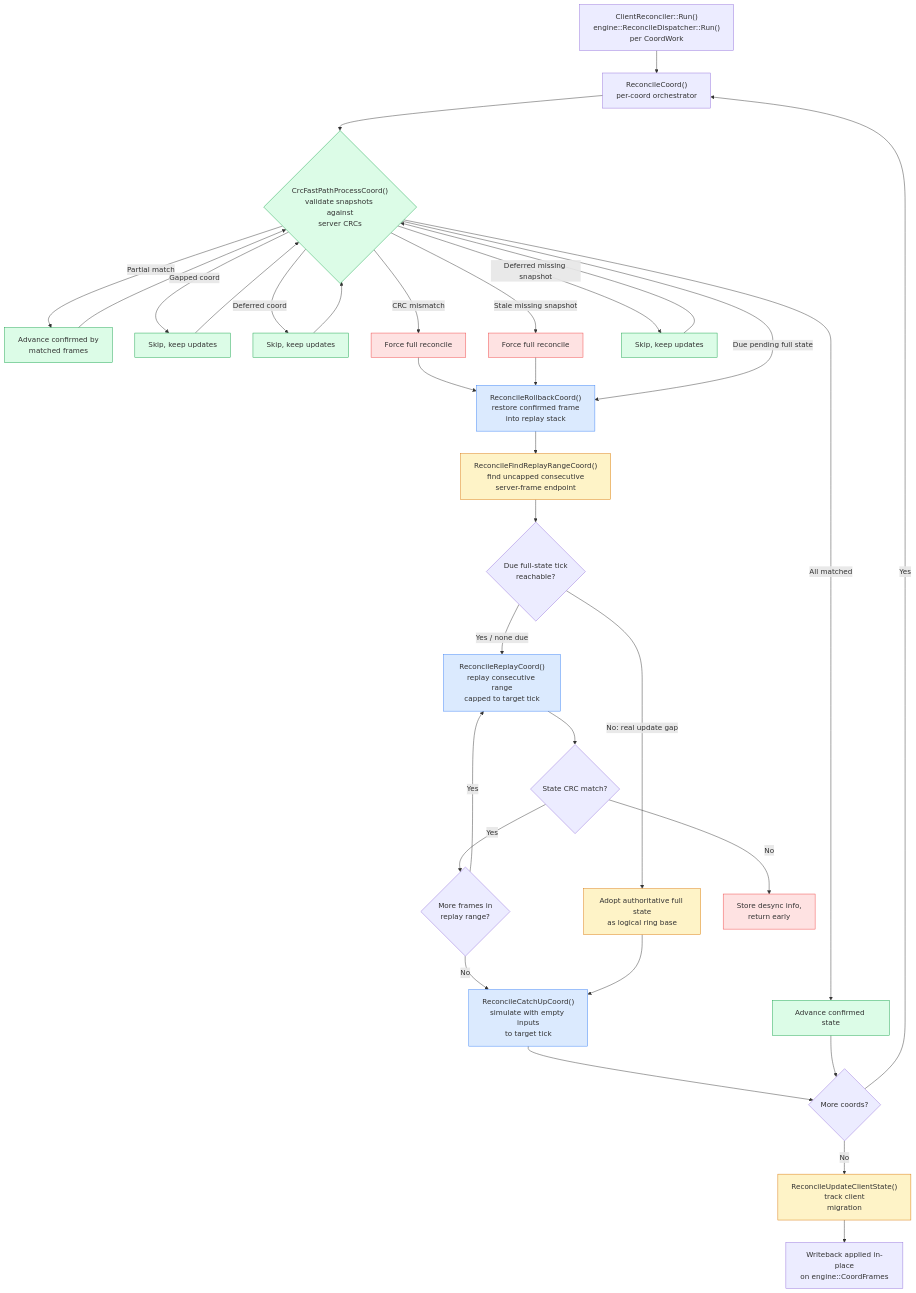
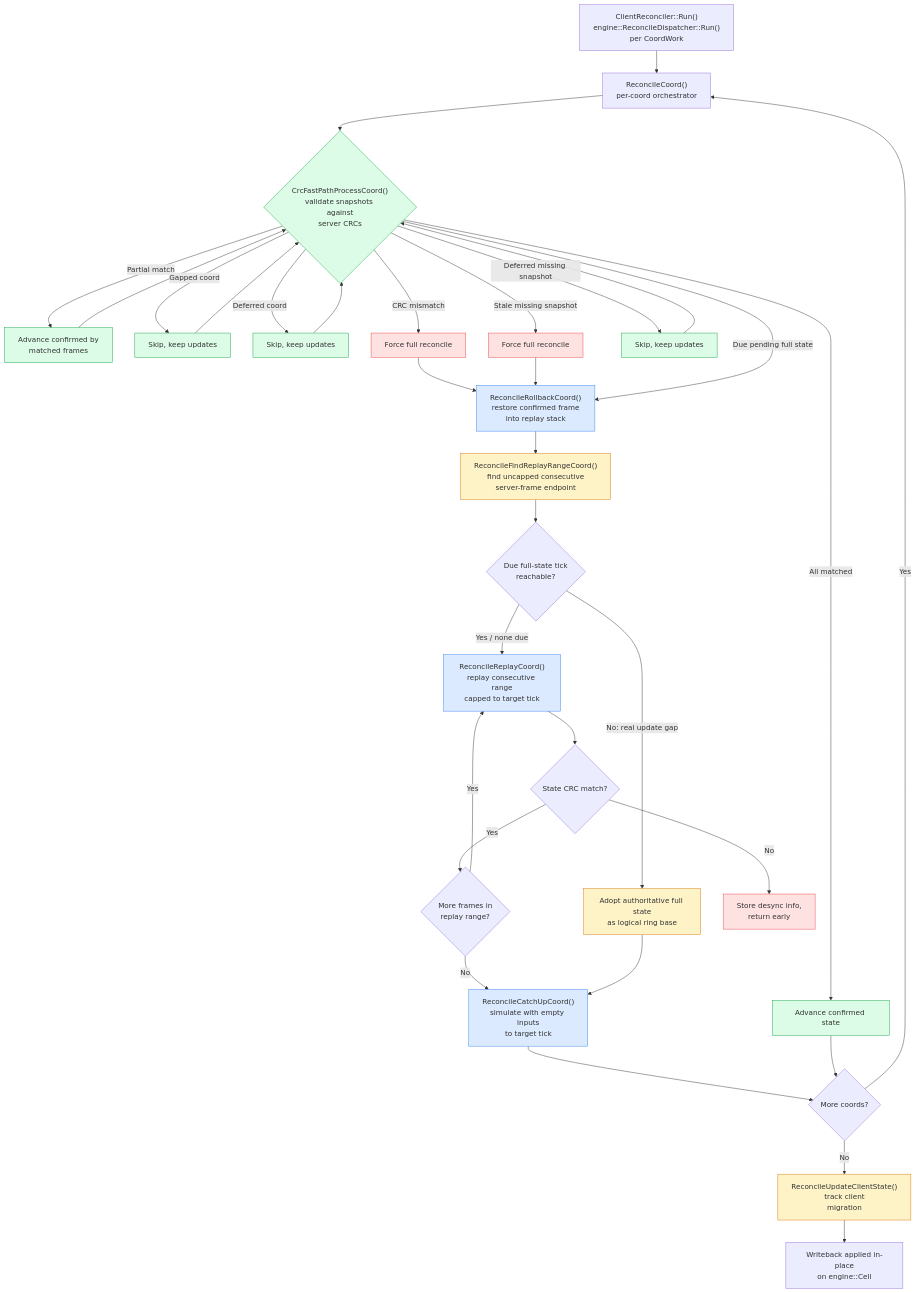
One commit to DougTanner/BrokenEngine changed the first of 5 diagrams in Documents/Architecture/GameReconciliation.md. Above: the diagram before and after it, drawn with Mermaid. The commit also changed other lines of this file and 132 other files, not shown here.

````diff
--- a/Documents/Architecture/GameReconciliation.md
+++ b/Documents/Architecture/GameReconciliation.md
@@ -9,54 +9,54 @@
 ```mermaid
 %%{init: {'theme': 'default'}}%%
 flowchart TD
     classDef fastpath fill:#dcfce7,stroke:#16a34a
     classDef replay fill:#dbeafe,stroke:#3b82f6
     classDef error fill:#fee2e2,stroke:#ef4444
     classDef state fill:#fef3c7,stroke:#d97706
 
     START["ClientReconciler::Run()<br/>engine::ReconcileDispatcher::Run()<br/>per CoordWork"] --> COORD["ReconcileCoord()<br/>per-coord orchestrator"]
 
     COORD --> CRC
 
     CRC{"CrcFastPathProcessCoord()<br/>validate snapshots against<br/>server CRCs"}:::fastpath
     CRC -->|"All matched"| FASTDONE["Advance confirmed state"]:::fastpath
     CRC -->|"Partial match"| PARTIAL["Advance confirmed by<br/>matched frames"]:::fastpath
     PARTIAL --> CRC
     CRC -->|"Gapped coord"| GAPSKIP["Skip, keep updates"]:::fastpath
     GAPSKIP --> CRC
     CRC -->|"Deferred coord"| DEFERRED["Skip, keep updates"]:::fastpath
     DEFERRED --> CRC
     CRC -->|"CRC mismatch"| MISMATCH["Force full reconcile"]:::error
     MISMATCH --> ROLLBACK
     CRC -->|"Stale missing snapshot"| STALENOSNAPSHOT["Force full reconcile"]:::error
     STALENOSNAPSHOT --> ROLLBACK
     CRC -->|"Deferred missing snapshot"| DEFNOSNAPSHOT["Skip, keep updates"]:::fastpath
     DEFNOSNAPSHOT --> CRC
     CRC -->|"Due pending full state"| ROLLBACK
 
     ROLLBACK["ReconcileRollbackCoord()<br/>restore confirmed frame<br/>into replay stack"]:::replay --> FINDRANGE
 
     FINDRANGE["ReconcileFindReplayRangeCoord()<br/>find uncapped consecutive<br/>server-frame endpoint"]:::state --> REACHABLE{"Due full-state tick<br/>reachable?"}
 
     REACHABLE -->|"Yes / none due"| REPLAY
     REACHABLE -->|"No: real update gap"| ADOPT["Adopt authoritative full state<br/>as logical ring base"]:::state
 
     REPLAY["ReconcileReplayCoord()<br/>replay consecutive range<br/>capped to target tick"]:::replay
 
     REPLAY --> CRCCHECK{"State CRC match?"}
     CRCCHECK -->|"Yes"| NEXTSRV{"More frames in<br/>replay range?"}
     CRCCHECK -->|"No"| DESYNC["Store desync info,<br/>return early"]:::error
 
     NEXTSRV -->|"Yes"| REPLAY
     NEXTSRV -->|"No"| CATCHUP
     ADOPT --> CATCHUP
 
     CATCHUP["ReconcileCatchUpCoord()<br/>simulate with empty inputs<br/>to target tick"]:::replay
 
     CATCHUP --> NEXTCOORD{"More coords?"}
     NEXTCOORD -->|"Yes"| COORD
     NEXTCOORD -->|"No"| CLIENTSTATE["ReconcileUpdateClientState()<br/>track client<br/>migration"]:::state
 
-    CLIENTSTATE --> DONE["Writeback applied in-place<br/>on engine::CoordFrames"]
+    CLIENTSTATE --> DONE["Writeback applied in-place<br/>on engine::Cell"]
     FASTDONE --> NEXTCOORD
 ```
````
